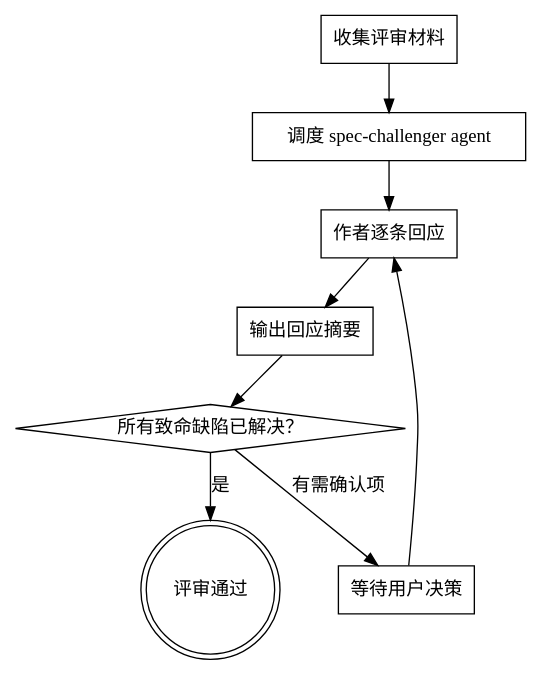
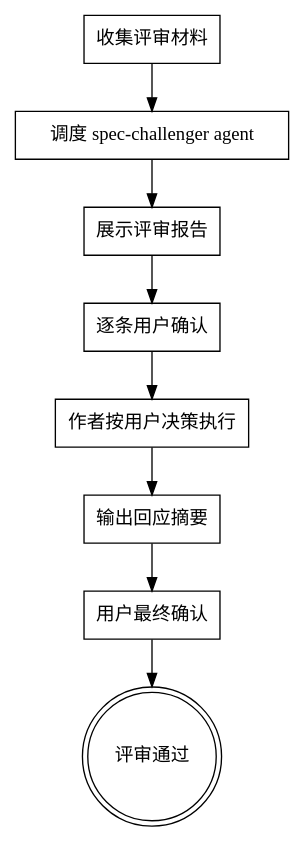
The diagram in skills/spec-challenge/SKILL.md (Aimeerrhythm/enterprise-change-workflow), drawn with Graphviz before and after one commit. The commit also changed other lines of this file and 3 other files, not shown here.

````diff
--- a/skills/spec-challenge/SKILL.md
+++ b/skills/spec-challenge/SKILL.md
@@ -21,21 +21,22 @@
 ```dot
 digraph spec_challenge {
   rankdir=TB;
 
   "收集评审材料" [shape=box];
   "调度 spec-challenger agent" [shape=box];
-  "作者逐条回应" [shape=box];
+  "展示评审报告" [shape=box];
+  "逐条用户确认" [shape=box];
+  "作者按用户决策执行" [shape=box];
   "输出回应摘要" [shape=box];
-  "所有致命缺陷已解决？" [shape=diamond];
-  "等待用户决策" [shape=box];
+  "用户最终确认" [shape=box];
   "评审通过" [shape=doublecircle];
 
   "收集评审材料" -> "调度 spec-challenger agent";
-  "调度 spec-challenger agent" -> "作者逐条回应";
-  "作者逐条回应" -> "输出回应摘要";
-  "输出回应摘要" -> "所有致命缺陷已解决？";
-  "所有致命缺陷已解决？" -> "评审通过" [label="是"];
-  "所有致命缺陷已解决？" -> "等待用户决策" [label="有需确认项"];
-  "等待用户决策" -> "作者逐条回应";
+  "调度 spec-challenger agent" -> "展示评审报告";
+  "展示评审报告" -> "逐条用户确认";
+  "逐条用户确认" -> "作者按用户决策执行";
+  "作者按用户决策执行" -> "输出回应摘要";
+  "输出回应摘要" -> "用户最终确认";
+  "用户最终确认" -> "评审通过";
 }
 ```
````
